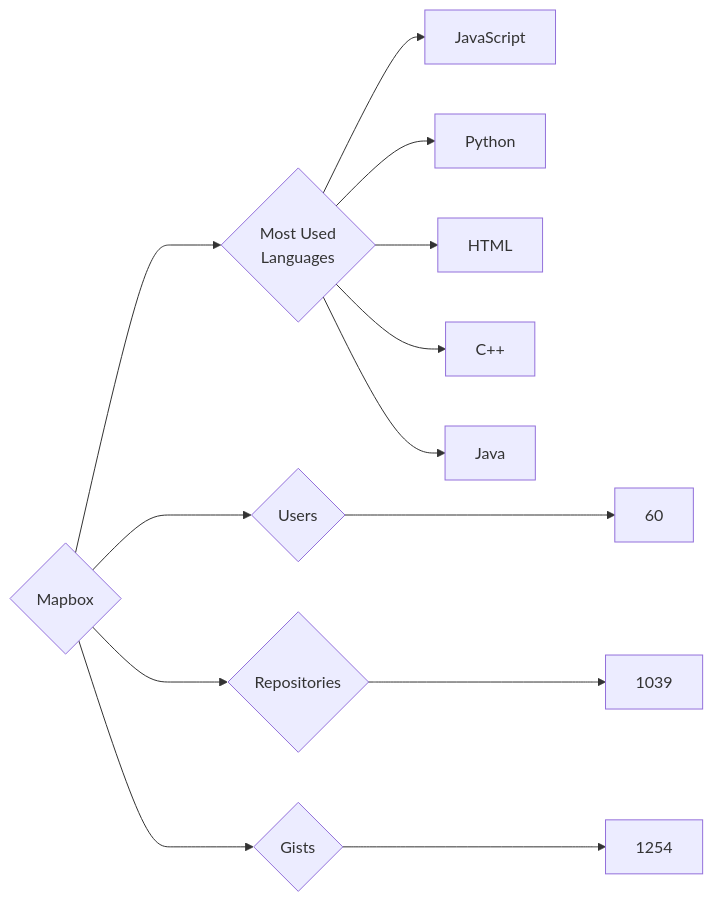
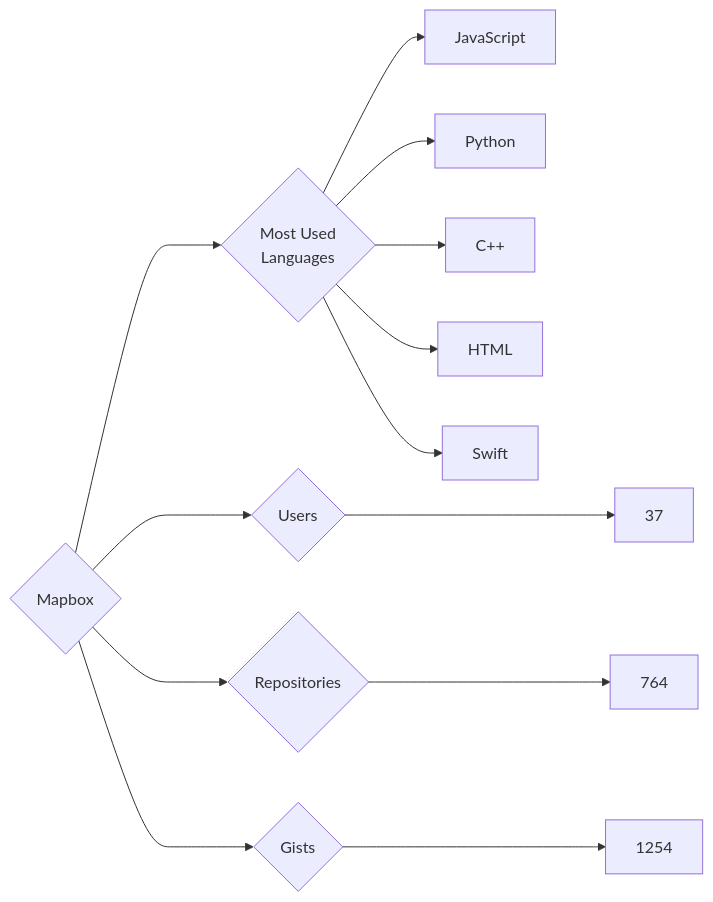
The diagram in targets/Mapbox/README.md (trickest/insiders), drawn with Mermaid before and after one commit. The commit also changed 757 other files, not shown here.

````diff
--- a/targets/Mapbox/README.md
+++ b/targets/Mapbox/README.md
@@ -3,13 +3,13 @@
 ```mermaid
 graph LR
 COMPANY_NAME{Mapbox}
-COMPANY_NAME ---> U{Users} ---> UN[60]
-COMPANY_NAME ---> R{Repositories} ---> RN[1039]
+COMPANY_NAME ---> U{Users} ---> UN[37]
+COMPANY_NAME ---> R{Repositories} ---> RN[764]
 COMPANY_NAME ---> G{Gists} ---> GN[1254]
 COMPANY_NAME ---> ML{Most Used<br>Languages}
 ML --> JavaScript[JavaScript]
 ML --> Python[Python]
+ML --> C++[C++]
 ML --> HTML[HTML]
-ML --> C++[C++]
-ML --> Java[Java]
+ML --> Swift[Swift]
 ```
````
